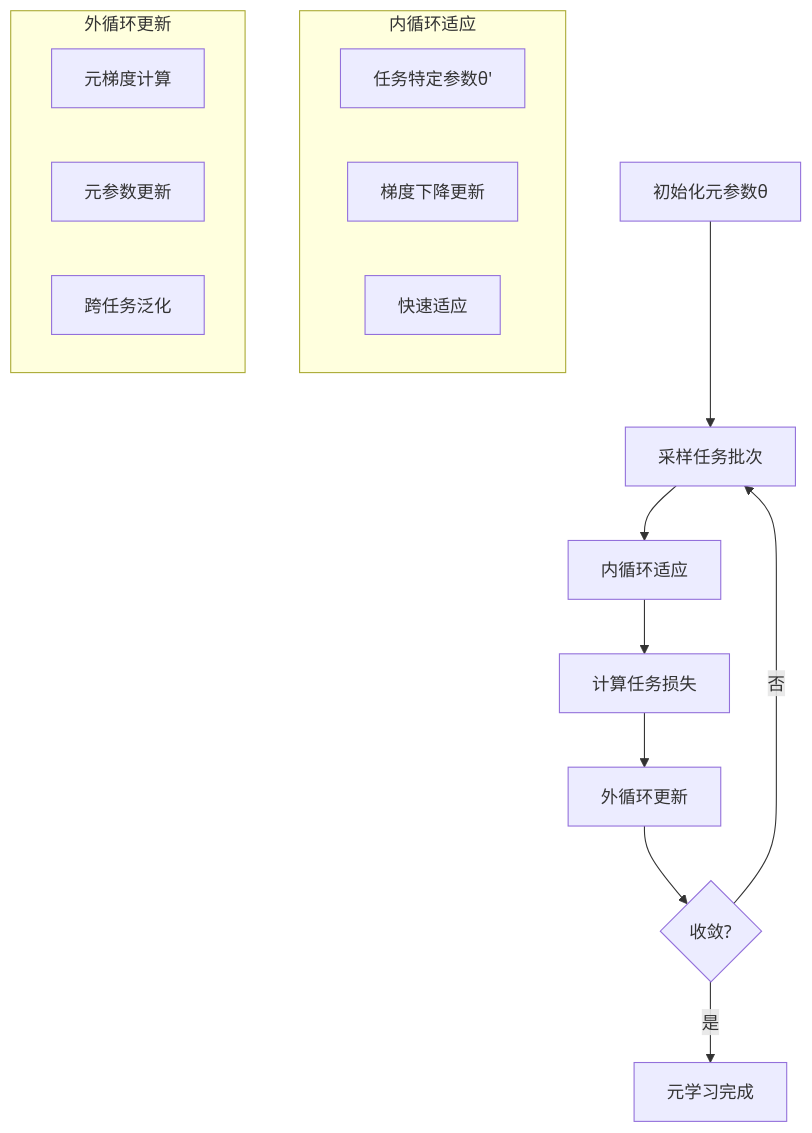
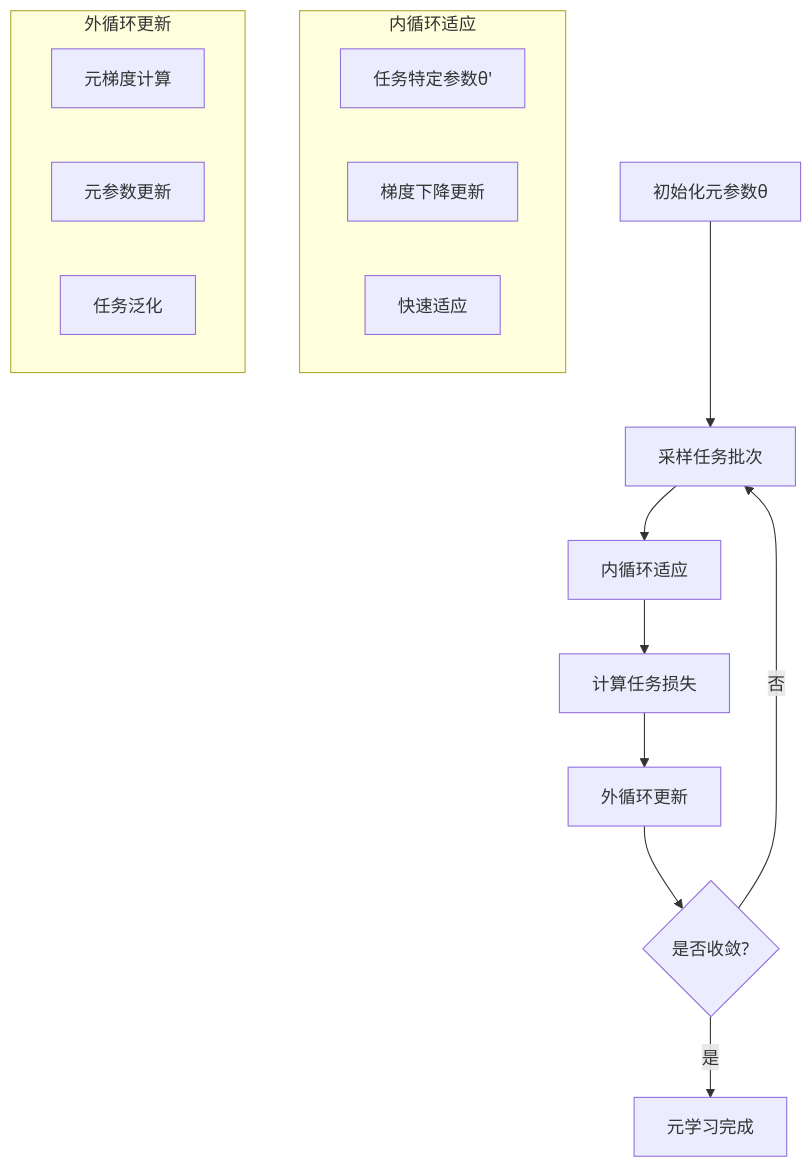
One commit to AdaMartin18010/FormalModel changed the first of 3 diagrams in docs/09-实现示例/通用示例/META_LEARNING_MULTI_REPRESENTATION.md. Above: the diagram before and after it, drawn with Mermaid. The commit also changed other lines of this file and 7 other files, not shown here.

````diff
--- a/docs/09-实现示例/通用示例/META_LEARNING_MULTI_REPRESENTATION.md
+++ b/docs/09-实现示例/通用示例/META_LEARNING_MULTI_REPRESENTATION.md
@@ -65,22 +33,22 @@
 ```mermaid
 graph TD
     A[初始化元参数θ] --> B[采样任务批次]
     B --> C[内循环适应]
     C --> D[计算任务损失]
     D --> E[外循环更新]
-    E --> F{收敛?}
+    E --> F{是否收敛?}
     F -->|否| B
     F -->|是| G[元学习完成]
     
     subgraph "内循环适应"
         H[任务特定参数θ']
         I[梯度下降更新]
         J[快速适应]
     end
     
     subgraph "外循环更新"
         K[元梯度计算]
         L[元参数更新]
-        M[跨任务泛化]
+        M[任务泛化]
     end
 ```
````
